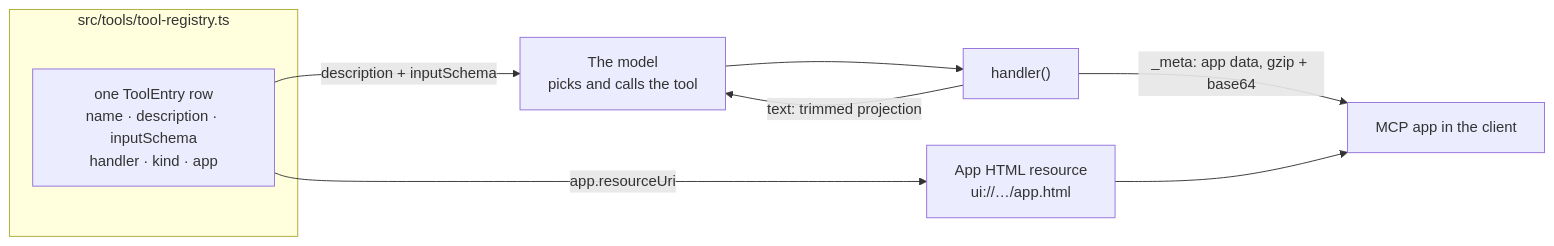
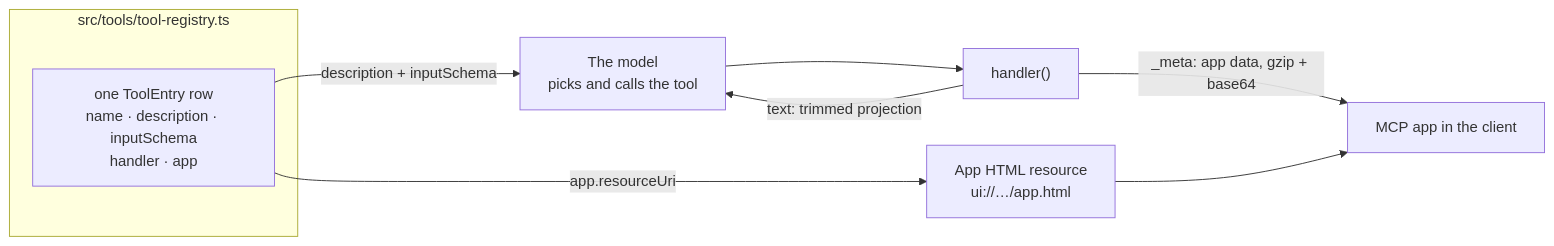
One commit to tomtom-international/tomtom-maps-mcp changed the first of 5 diagrams in docs/tools-architecture.md. Above: the diagram before and after it, drawn with Mermaid. The commit also changed other lines of this file and 37 other files, not shown here.

````diff
--- a/docs/tools-architecture.md
+++ b/docs/tools-architecture.md
@@ -27,14 +27,14 @@
 ```mermaid
 flowchart LR
   subgraph Registry["src/tools/tool-registry.ts"]
-    ROW["one ToolEntry row<br/>name · description · inputSchema<br/>handler · kind · app"]
+    ROW["one ToolEntry row<br/>name · description · inputSchema<br/>handler · app"]
   end
 
   ROW -->|"description + inputSchema"| MODEL["The model<br/>picks and calls the tool"]
   ROW -->|"app.resourceUri"| APPRES["App HTML resource<br/>ui://…/app.html"]
 
   MODEL --> HANDLER["handler()"]
   HANDLER -->|"text: trimmed projection"| MODEL
   HANDLER -->|"_meta: app data, gzip + base64"| APP
   APPRES --> APP["MCP app in the client"]
 ```
````
